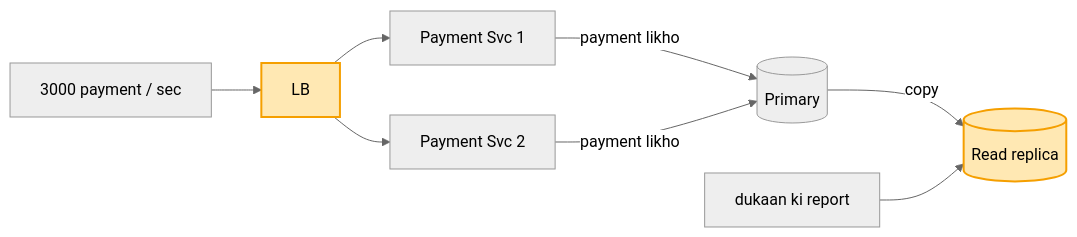
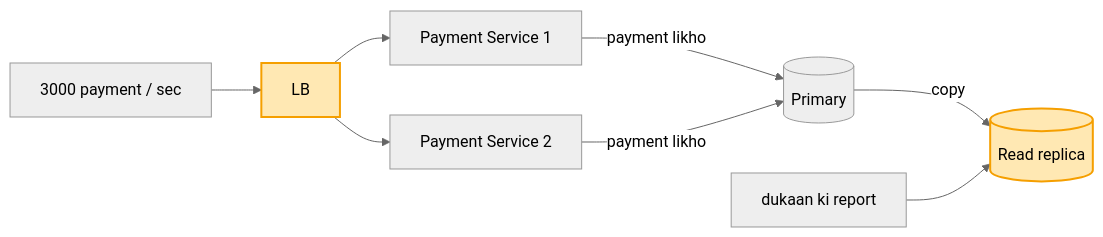
One commit to ArpanMaheshwari144/Prep changed the fifth of 6 diagrams in 04_HLD/SYSTEM_DESIGNS/06_payment_system/06_payment_system.md. Above: the diagram before and after it, drawn with Mermaid (neutral theme). The commit also changed other lines of this file and 8 other files, not shown here.

````diff
--- a/04_HLD/SYSTEM_DESIGNS/06_payment_system/06_payment_system.md
+++ b/04_HLD/SYSTEM_DESIGNS/06_payment_system/06_payment_system.md
@@ -229,10 +229,10 @@
 ```mermaid
 flowchart LR
     U["3000 payment / sec"] --> LB["LB"]
-    LB --> S1["Payment Svc 1"] & S2["Payment Svc 2"]
+    LB --> S1["Payment Service 1"] & S2["Payment Service 2"]
     S1 & S2 -- "payment likho" --> P[("Primary")]
     P -- "copy" --> R[("Read replica")]
     M["dukaan ki report"] --> R
     style LB fill:#ffe8b3,stroke:#f59f00,stroke-width:2px,color:#000
     style R fill:#ffe8b3,stroke:#f59f00,stroke-width:2px,color:#000
 ```
````
